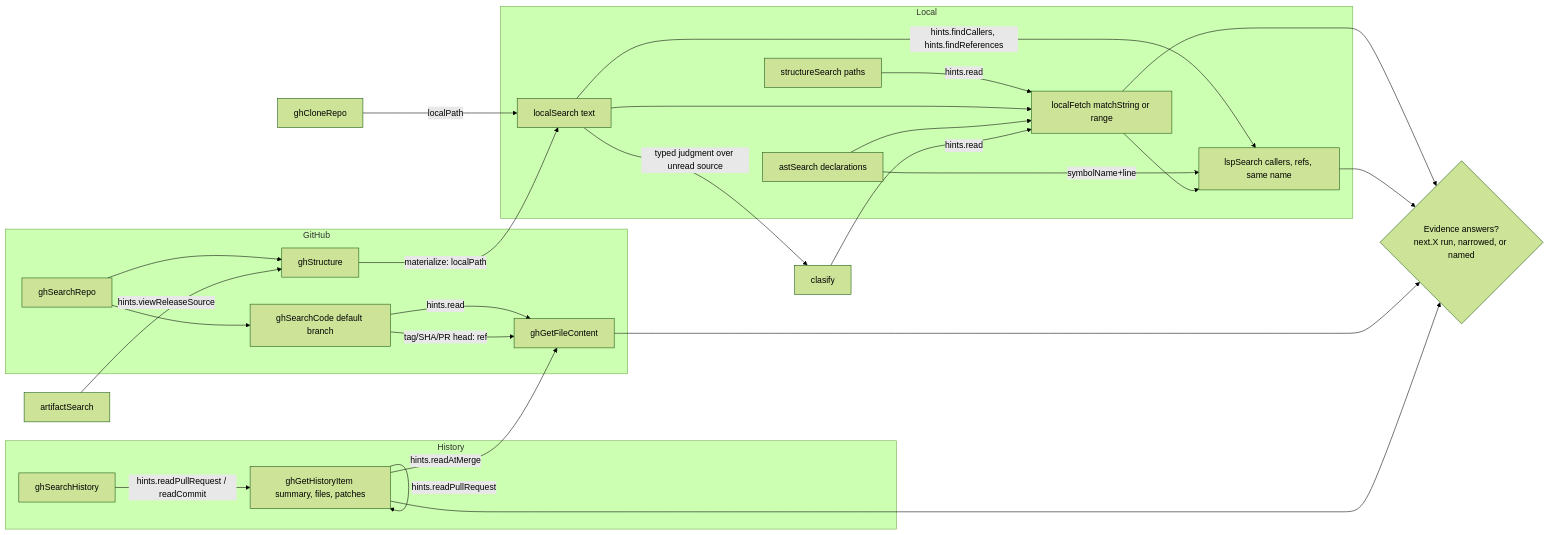
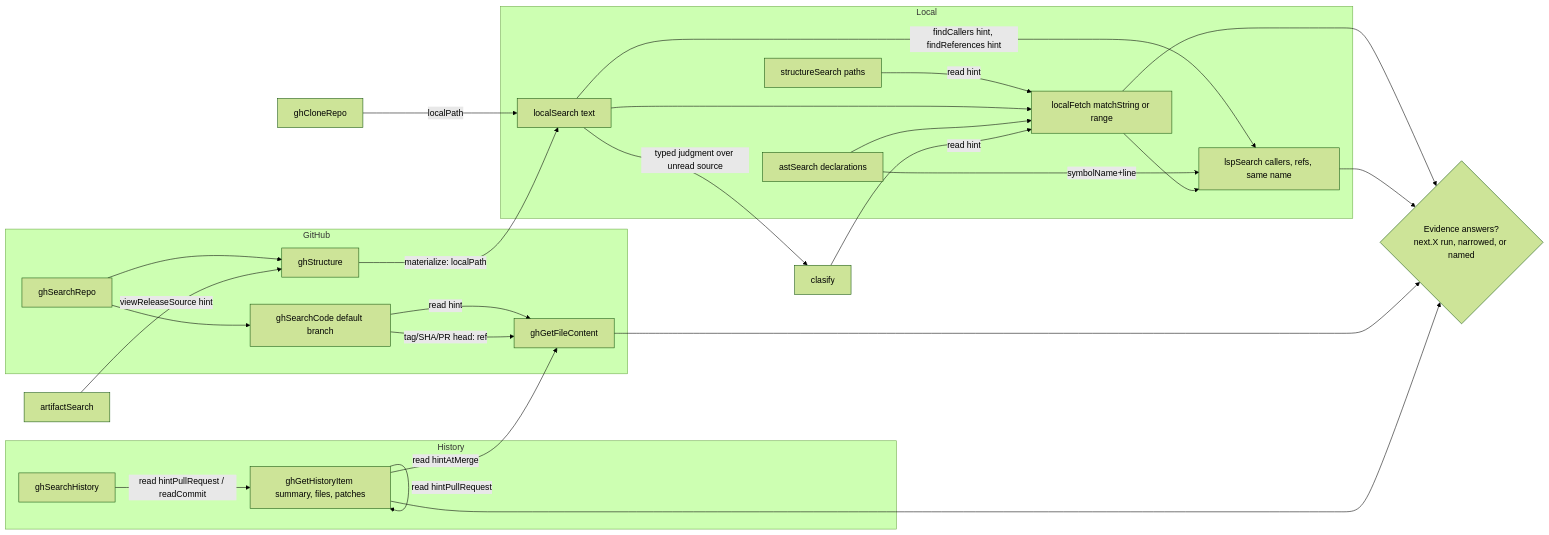
The first of 8 diagrams in docs/OCTOCODE_WORKFLOWS.md (bgauryy/octocode-mcp), drawn with Mermaid (forest theme) before and after one commit. The commit also changed other lines of this file and 523 other files, not shown here.

````diff
--- a/docs/OCTOCODE_WORKFLOWS.md
+++ b/docs/OCTOCODE_WORKFLOWS.md
@@ -24,42 +24,42 @@
 ```mermaid
 flowchart LR
   subgraph Local
     SS[structureSearch paths]
     LS[localSearch text]
     AS[astSearch declarations]
     LF[localFetch matchString or range]
     LSP[lspSearch callers, refs, same name]
   end
   subgraph GitHub
     GR[ghSearchRepo]
     GC[ghSearchCode default branch]
     GS[ghStructure]
     GF[ghGetFileContent]
   end
   subgraph History
     GH[ghSearchHistory]
     GI[ghGetHistoryItem summary, files, patches]
   end
   AR[artifactSearch]
   CR[ghCloneRepo]
   CL[clasify]
   DONE{Evidence answers?<br/>next.X run, narrowed, or named}
-  SS -->|hints.read| LF
+  SS -->|read hint| LF
   LS & AS --> LF
-  LS -->|hints.findCallers, hints.findReferences| LSP
+  LS -->|findCallers hint, findReferences hint| LSP
   AS -->|symbolName+line| LSP
   LF --> LSP
   GR --> GC & GS
-  GC -->|hints.read| GF
+  GC -->|read hint| GF
   GC -->|"tag/SHA/PR head: ref"| GF
-  GH -->|hints.readPullRequest / readCommit| GI
+  GH -->|read hintPullRequest / readCommit| GI
   GI -->|next.continuePatch / nextFilePage| GI
-  GI -->|hints.readPullRequest| GI
-  GI -->|hints.readAtMerge| GF
-  AR -->|hints.viewReleaseSource| GS
+  GI -->|read hintPullRequest| GI
+  GI -->|read hintAtMerge| GF
+  AR -->|viewReleaseSource hint| GS
   GS -->|materialize: localPath| LS
   CR -->|localPath| LS
   LS -->|"typed judgment over unread source"| CL
-  CL -->|hints.read| LF
+  CL -->|read hint| LF
   LF & LSP & GF & GI --> DONE
 ```
````
